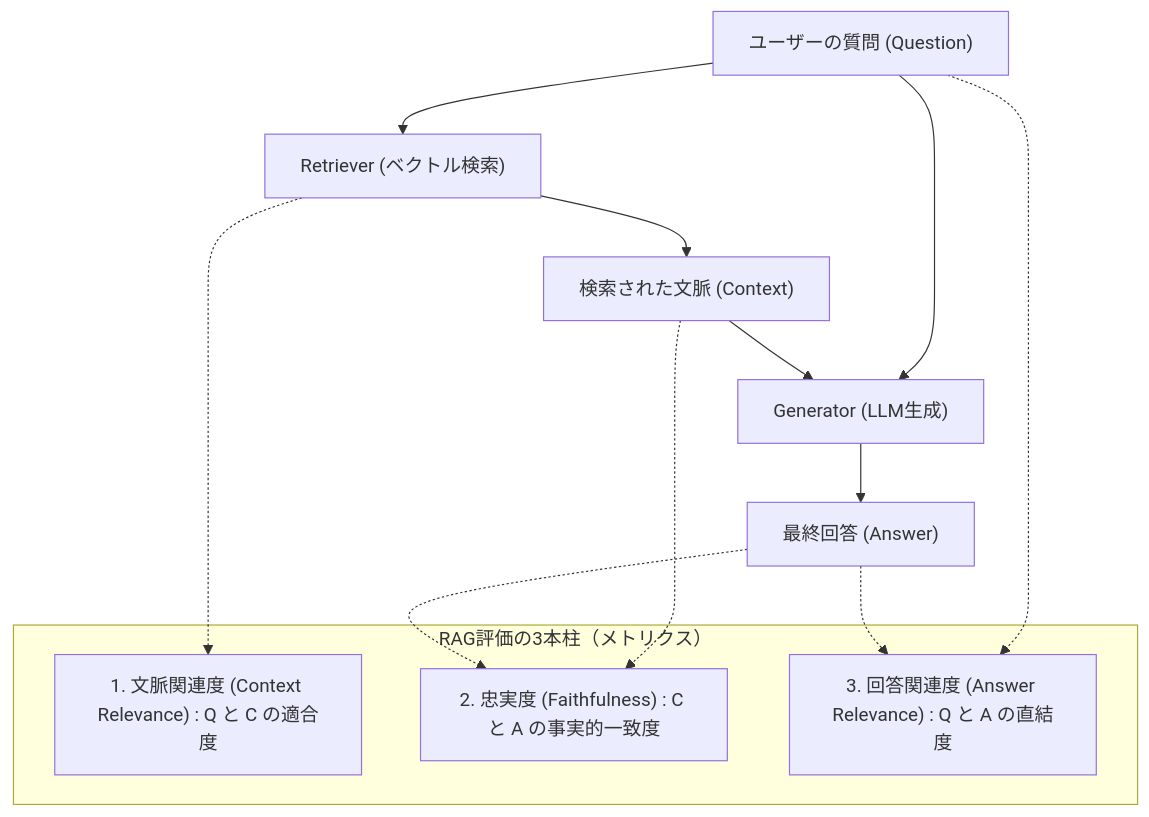
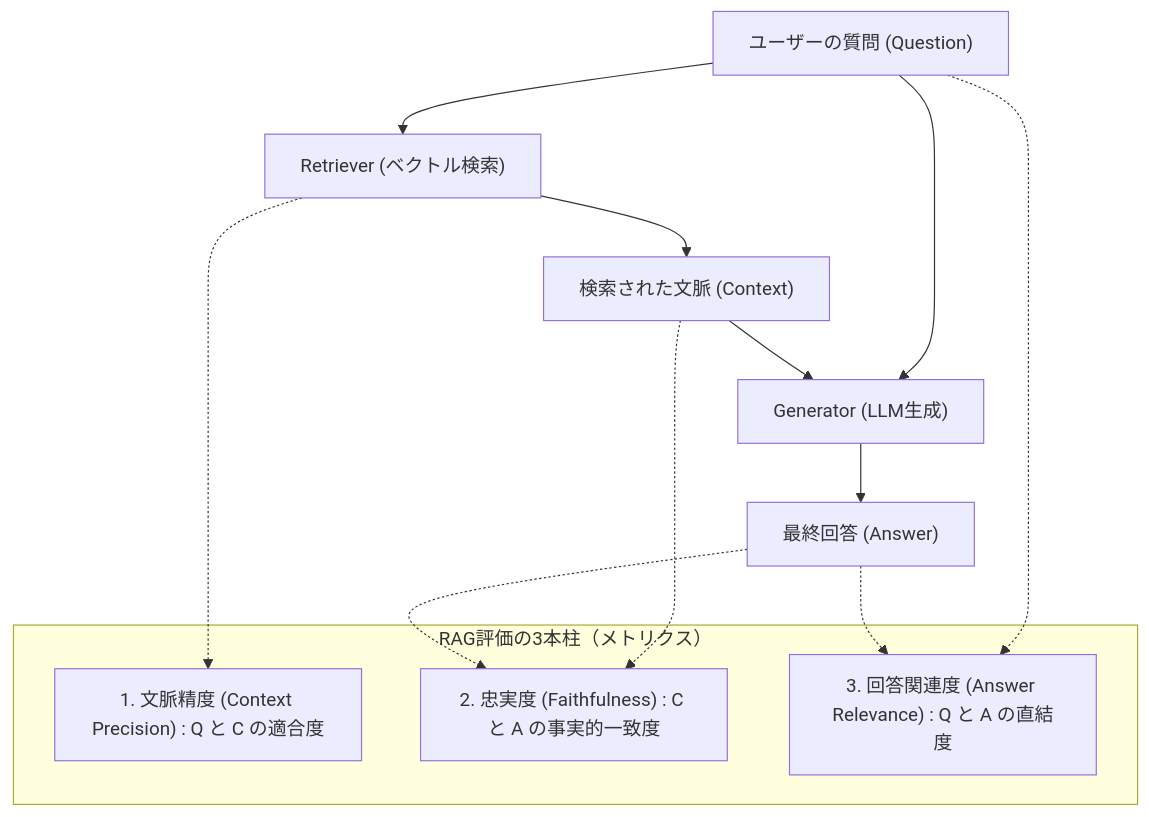
One commit to AnaharaYasuo/product-quality-management-book changed the second of 2 diagrams in manuscript/18_chapter18.md. Above: the diagram before and after it, drawn with Mermaid. The commit also changed other lines of this file and 35 other files, not shown here.

````diff
--- a/manuscript/18_chapter18.md
+++ b/manuscript/18_chapter18.md
@@ -43,17 +43,17 @@
 ```mermaid
 flowchart TD
     Q["ユーザーの質問 (Question)"] --> Ret["Retriever (ベクトル検索)"]
     Ret --> C["検索された文脈 (Context)"]
     Q & C --> Gen["Generator (LLM生成)"]
     Gen --> A["最終回答 (Answer)"]
 
     subgraph RAG_Triad["RAG評価の3本柱（メトリクス）"]
-        M1["1. 文脈関連度 (Context Relevance) : Q と C の適合度"]
+        M1["1. 文脈精度 (Context Precision) : Q と C の適合度"]
         M2["2. 忠実度 (Faithfulness) : C と A の事実的一致度"]
         M3["3. 回答関連度 (Answer Relevance) : Q と A の直結度"]
     end
 
     Ret -.-> M1
     C & A -.-> M2
     Q & A -.-> M3
 ```
````
